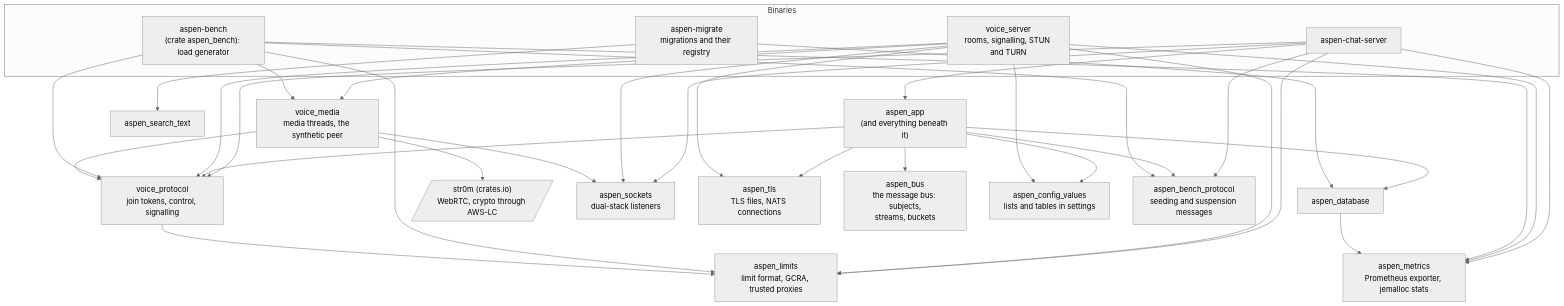
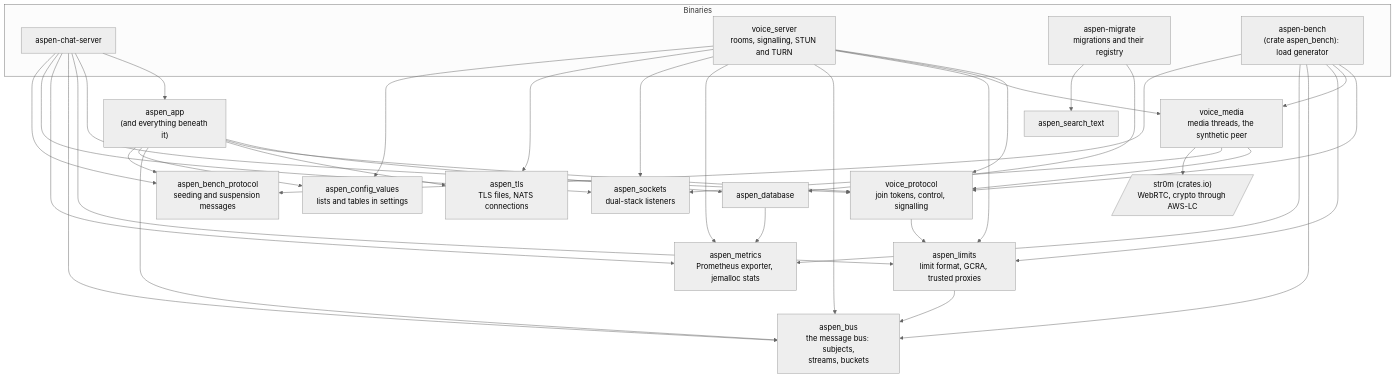
One commit to aspen-chat/aspen-chat-server changed the second of 3 diagrams in docs/diagrams/crates.md. Above: the diagram before and after it, drawn with Mermaid (neutral theme). The commit also changed 13 other files, not shown here.

First line of the commit message:
Reach NATS through aspen_bus from the voice server, limits, and bench

````diff
--- a/docs/diagrams/crates.md
+++ b/docs/diagrams/crates.md
@@ -68,32 +68,33 @@
 ```mermaid
 flowchart TB
     subgraph bins["Binaries"]
         chat["aspen-chat-server"]
         voice_server["voice_server<br/>rooms, signalling, STUN and TURN"]
         migrate["aspen-migrate<br/>migrations and their registry"]
         bench["aspen-bench<br/>(crate aspen_bench): load generator"]
     end
 
     app["aspen_app<br/>(and everything beneath it)"]
     database["aspen_database"]
     search_text["aspen_search_text"]
     voice_protocol["voice_protocol<br/>join tokens, control, signalling"]
     voice_media["voice_media<br/>media threads, the synthetic peer"]
     str0m[/"str0m (crates.io)<br/>WebRTC, crypto through AWS-LC"/]
     limits["aspen_limits<br/>limit format, GCRA, trusted proxies"]
     metrics["aspen_metrics<br/>Prometheus exporter, jemalloc stats"]
     sockets["aspen_sockets<br/>dual-stack listeners"]
     tls["aspen_tls<br/>TLS files, NATS connections"]
     bus["aspen_bus<br/>the message bus: subjects,<br/>streams, buckets"]
     config_values["aspen_config_values<br/>lists and tables in settings"]
     bench_protocol["aspen_bench_protocol<br/>seeding and suspension messages"]
 
-    chat --> app & voice_protocol & limits & metrics & sockets & bench_protocol
+    chat --> app & voice_protocol & limits & bus & metrics & sockets & bench_protocol
     app --> database & voice_protocol & tls & bus & config_values & bench_protocol
-    voice_server --> voice_protocol & voice_media & limits & metrics & sockets & tls & config_values
+    voice_server --> voice_protocol & voice_media & limits & bus & metrics & sockets & tls & config_values
     migrate --> database & search_text
-    bench --> voice_protocol & voice_media & limits & metrics & bench_protocol
+    bench --> voice_protocol & voice_media & limits & bus & metrics & bench_protocol
     voice_media --> voice_protocol & sockets & str0m
     voice_protocol --> limits
+    limits --> bus
     database --> metrics
 ```
````
